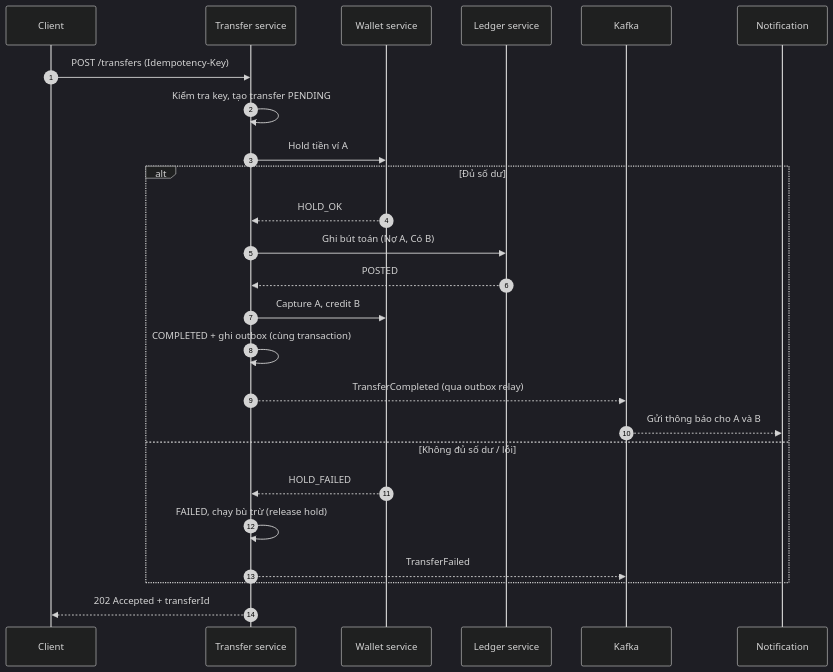
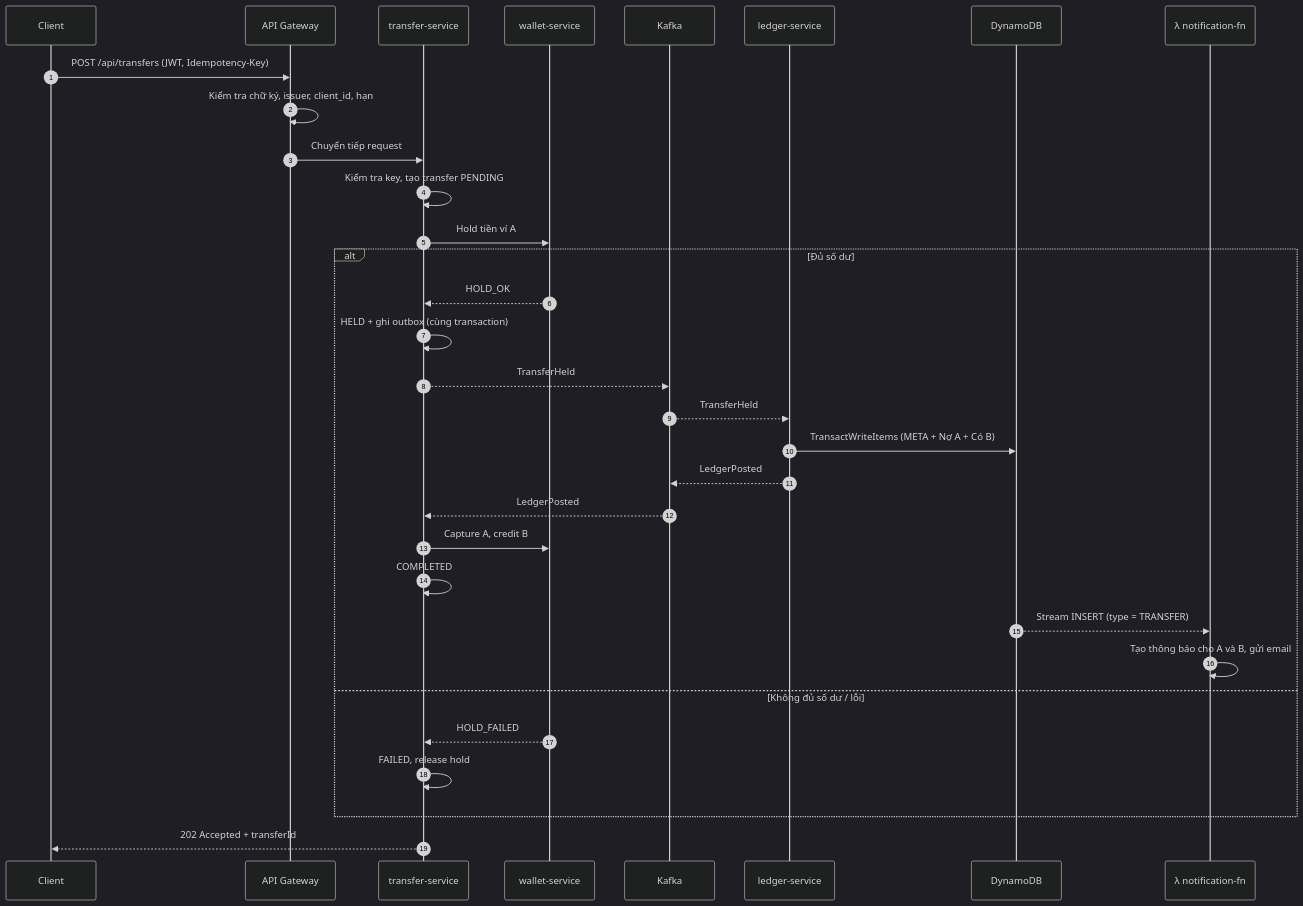
Before and after one commit to Trung1234/java-ewallet-microservices: the second of 7 diagrams in README.md, drawn with Mermaid (dark theme). The commit also changed other lines of this file and 1 other file, not shown here.

````diff
--- a/README.md
+++ b/README.md
@@ -66,28 +110,35 @@
 ```mermaid
 sequenceDiagram
     autonumber
     participant C as Client
-    participant T as Transfer service
-    participant W as Wallet service
-    participant L as Ledger service
+    participant G as API Gateway
+    participant T as transfer-service
+    participant W as wallet-service
     participant K as Kafka
-    participant N as Notification
+    participant L as ledger-service
+    participant D as DynamoDB
+    participant N as λ notification-fn
 
-    C->>T: POST /transfers (Idempotency-Key)
+    C->>G: POST /api/transfers (JWT, Idempotency-Key)
+    G->>G: Kiểm tra chữ ký, issuer, client_id, hạn
+    G->>T: Chuyển tiếp request
     T->>T: Kiểm tra key, tạo transfer PENDING
     T->>W: Hold tiền ví A
     alt Đủ số dư
         W-->>T: HOLD_OK
-        T->>L: Ghi bút toán (Nợ A, Có B)
-        L-->>T: POSTED
+        T->>T: HELD + ghi outbox (cùng transaction)
+        T-->>K: TransferHeld
+        K-->>L: TransferHeld
+        L->>D: TransactWriteItems (META + Nợ A + Có B)
+        L-->>K: LedgerPosted
+        K-->>T: LedgerPosted
         T->>W: Capture A, credit B
-        T->>T: COMPLETED + ghi outbox (cùng transaction)
-        T-->>K: TransferCompleted (qua outbox relay)
-        K-->>N: Gửi thông báo cho A và B
+        T->>T: COMPLETED
+        D-->>N: Stream INSERT (type = TRANSFER)
+        N->>N: Tạo thông báo cho A và B, gửi email
     else Không đủ số dư / lỗi
         W-->>T: HOLD_FAILED
-        T->>T: FAILED, chạy bù trừ (release hold)
-        T-->>K: TransferFailed
+        T->>T: FAILED, release hold
     end
     T-->>C: 202 Accepted + transferId
 ```
````
